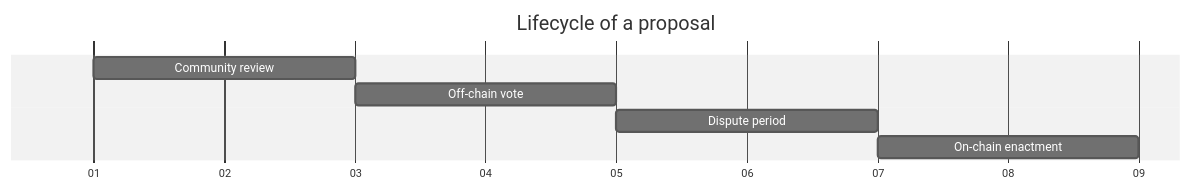
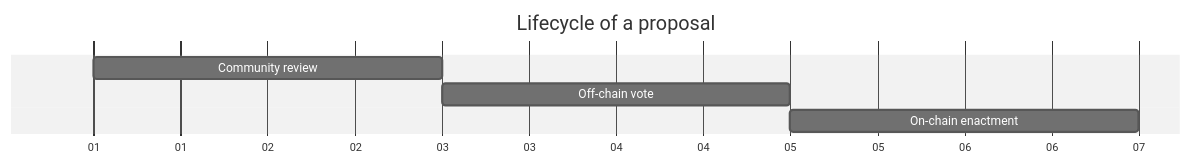
One commit to nation3/gov changed the second of 2 diagrams in GOVERNANCE.md. Above: the diagram before and after it, drawn with Mermaid (neutral theme). The commit also changed other lines of this file, not shown here.

Commit message:
Remove dispute period

````diff
--- a/GOVERNANCE.md
+++ b/GOVERNANCE.md
@@ -48,11 +46,10 @@
 ```mermaid
 gantt
 dateFormat YYYY-MM-DD
 axisFormat %d
 title Lifecycle of a proposal
 
 Community review: 1, 0000-01-01, 2d
 Off-chain vote: 2, after 1, 2d
-Dispute period: 3, after 2, 2d
-On-chain enactment: 4, after 3, 2d
+On-chain enactment: 3, after 2, 2d
 ```
````
